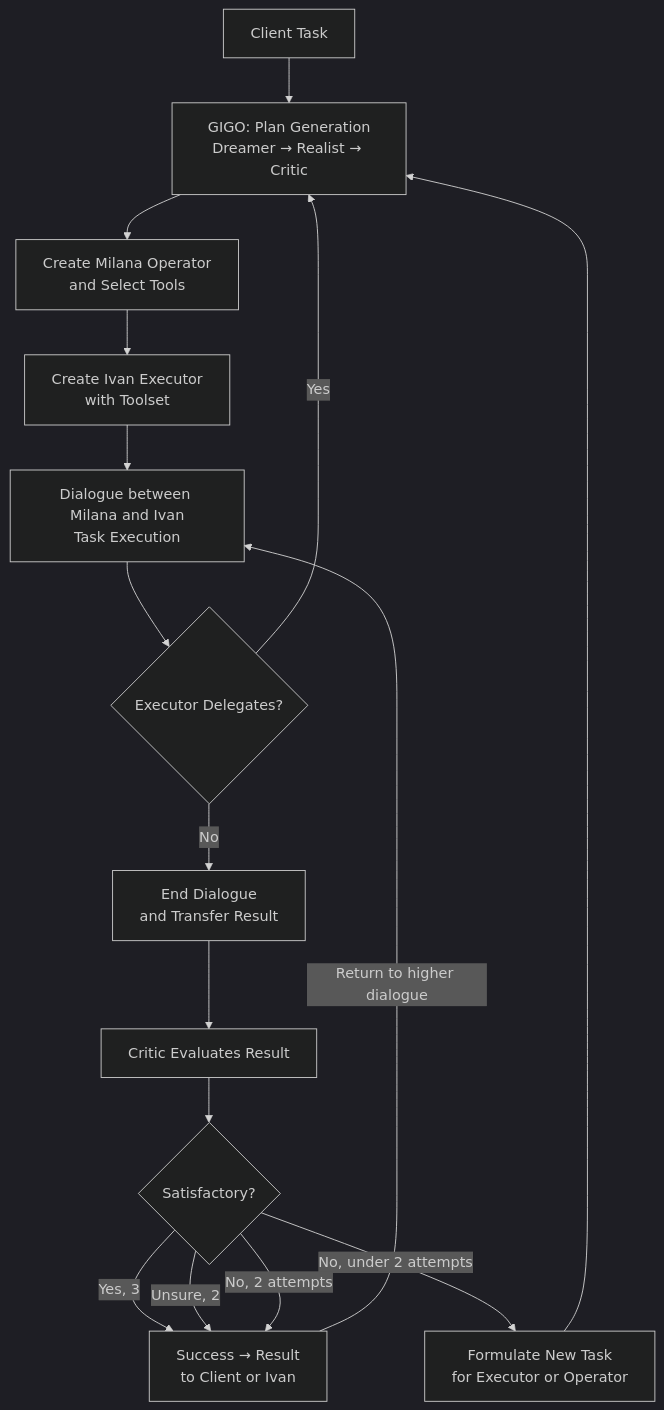
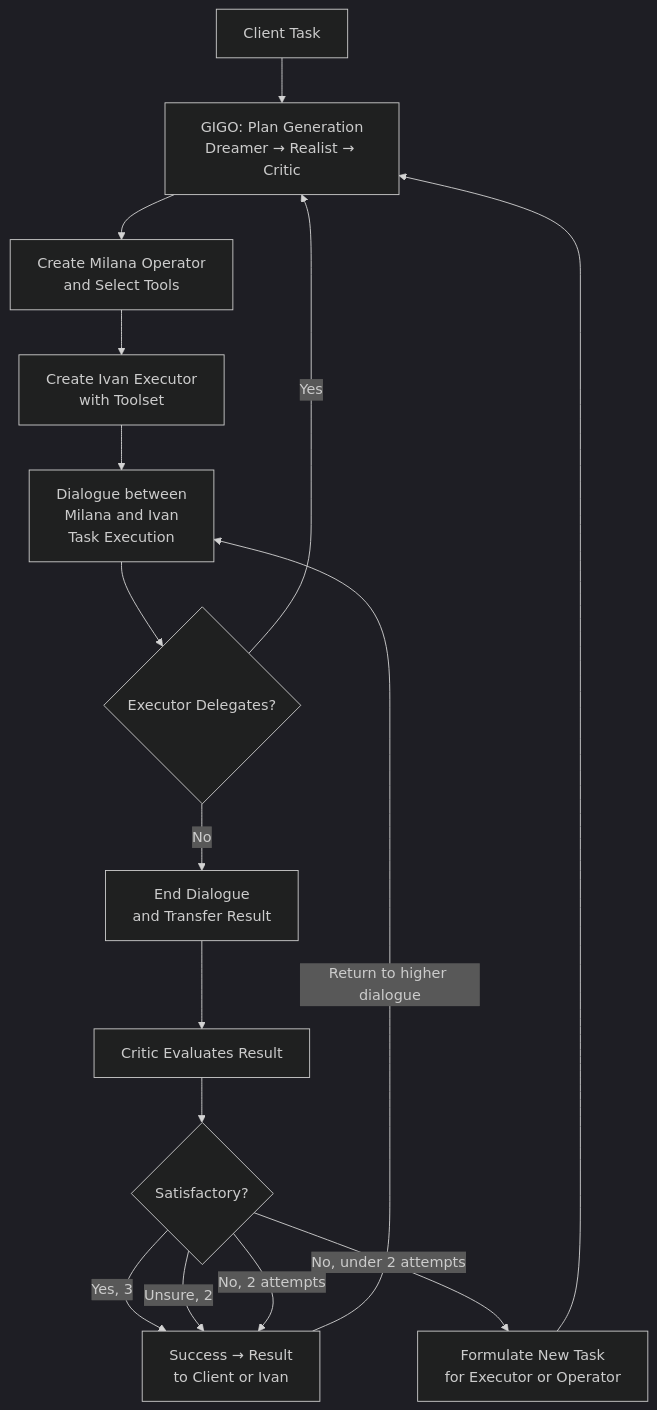
The diagram in README.md (iishnitsa/milana), drawn with Mermaid (dark theme) before and after one commit. The commit also changed other lines of this file, not shown here.

````diff
--- a/README.md
+++ b/README.md
@@ -51,20 +51,20 @@
 ```mermaid
 flowchart TD
     A[Client Task] --> B["GIGO: Plan Generation<br/>Dreamer → Realist → Critic"]
     B --> C["Create Milana Operator<br/>and Select Tools"]
     C --> D["Create Ivan Executor<br/>with Toolset"]
-    D --> E["Dialogue between Milana and Ivan<br/>Task Execution"]
+    D --> E["Dialogue between<br/>Milana and Ivan<br/>Task Execution"]
 
     E --> F{Executor Delegates?}
     F -->|Yes| B
     F -->|No| G["End Dialogue<br/>and Transfer Result"]
 
     G --> H[Critic Evaluates Result]
     H --> I{Satisfactory?}
     I -->|Yes, 3| J["Success → Result<br/>to Client or Ivan"]
     I -->|"No, under 2 attempts"| K["Formulate New Task<br/>for Executor or Operator"]
     K --> B
     I -->|Unsure, 2| J
     I -->|No, 2 attempts| J
     J -->|Return to higher dialogue| E
 ```
````
